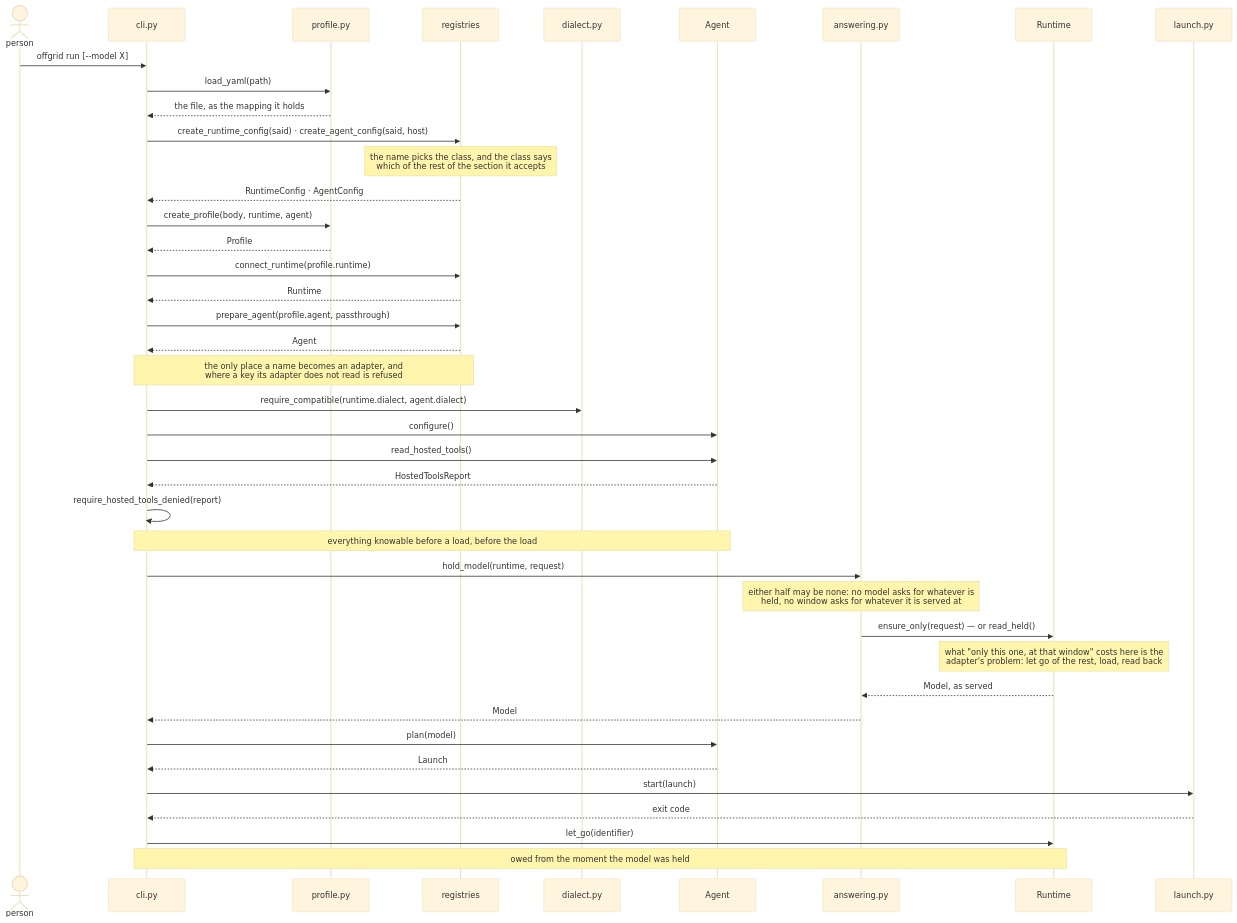
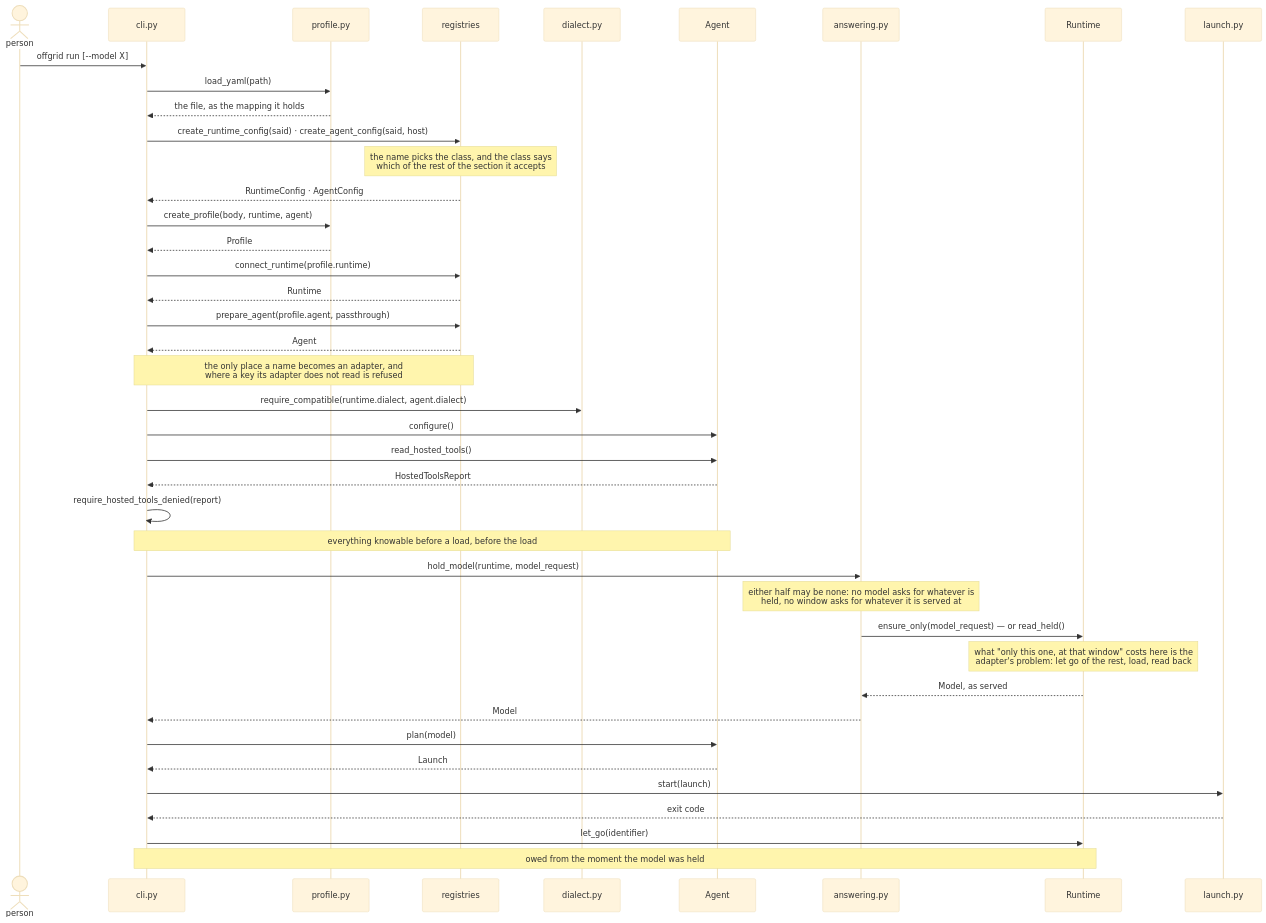
One commit to pvardanis/offgrid changed the second of 3 diagrams in docs/architecture.md. Above: the diagram before and after it, drawn with Mermaid (base theme). The commit also changed other lines of this file and 5 other files, not shown here.

First line of the commit message:
refactor(model): name the request for what it holds

````diff
--- a/docs/architecture.md
+++ b/docs/architecture.md
@@ -196,44 +196,44 @@
 ```mermaid
 sequenceDiagram
     actor P as person
     participant C as cli.py
     participant F as profile.py
     participant G as registries
     participant D as dialect.py
     participant A as Agent
     participant H as answering.py
     participant R as Runtime
     participant L as launch.py
 
     P->>C: offgrid run [--model X]
     C->>F: load_yaml(path)
     F-->>C: the file, as the mapping it holds
     C->>G: create_runtime_config(said) · create_agent_config(said, host)
     Note over G: the name picks the class, and the class says<br/>which of the rest of the section it accepts
     G-->>C: RuntimeConfig · AgentConfig
     C->>F: create_profile(body, runtime, agent)
     F-->>C: Profile
     C->>G: connect_runtime(profile.runtime)
     G-->>C: Runtime
     C->>G: prepare_agent(profile.agent, passthrough)
     G-->>C: Agent
     Note over C,G: the only place a name becomes an adapter, and<br/>where a key its adapter does not read is refused
     C->>D: require_compatible(runtime.dialect, agent.dialect)
     C->>A: configure()
     C->>A: read_hosted_tools()
     A-->>C: HostedToolsReport
     C->>C: require_hosted_tools_denied(report)
     Note over C,A: everything knowable before a load, before the load
-    C->>H: hold_model(runtime, request)
+    C->>H: hold_model(runtime, model_request)
     Note over H: either half may be none: no model asks for whatever is<br/>held, no window asks for whatever it is served at
-    H->>R: ensure_only(request) — or read_held()
+    H->>R: ensure_only(model_request) — or read_held()
     Note over R: what "only this one, at that window" costs here is the<br/>adapter's problem: let go of the rest, load, read back
     R-->>H: Model, as served
     H-->>C: Model
     C->>A: plan(model)
     A-->>C: Launch
     C->>L: start(launch)
     L-->>C: exit code
     C->>R: let_go(identifier)
     Note over C,R: owed from the moment the model was held
 ```
````
